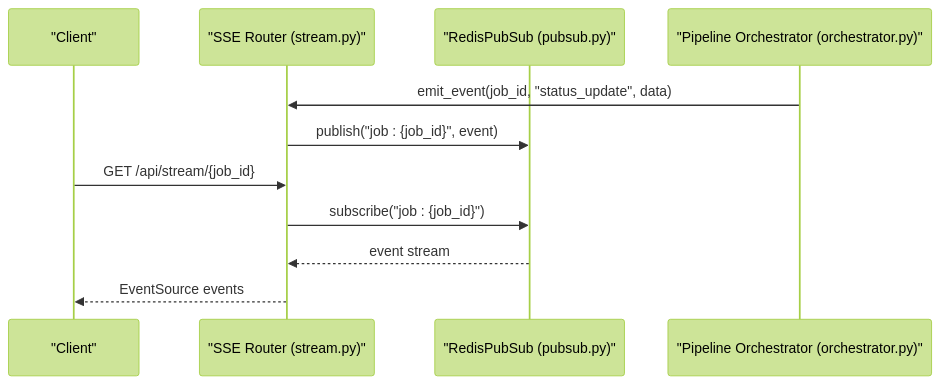
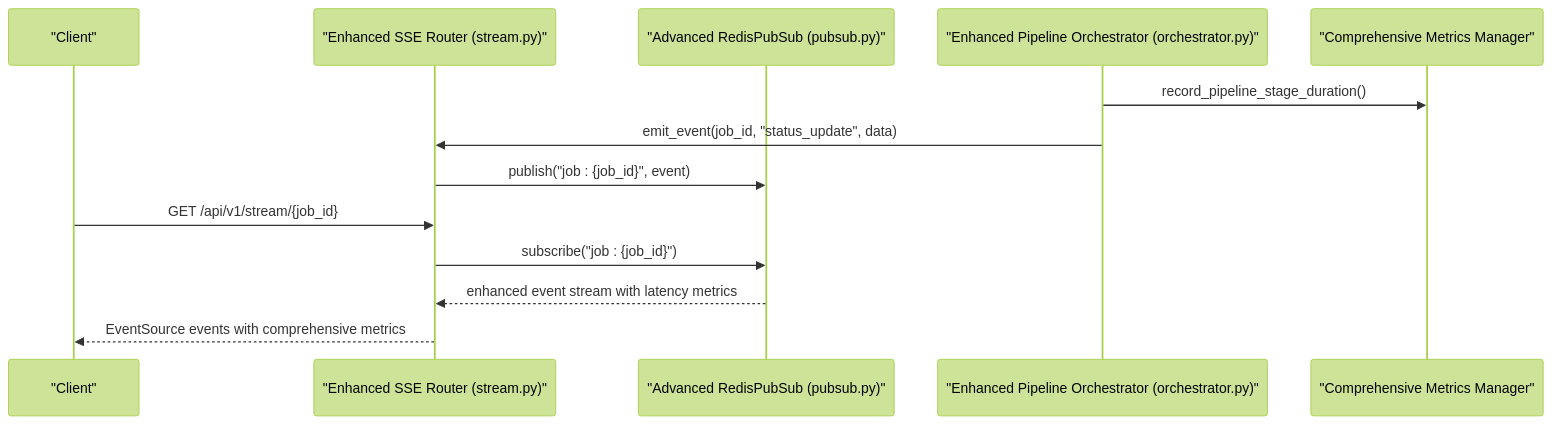
One commit to rohitkumarnaidu/-Auto-AI-Automated-Academic-Docx-Manuscript-Formatter changed the second of 9 diagrams in .qoder/repowiki/en/content/Backend Development/Real-time Communication.md. Above: the diagram before and after it, drawn with Mermaid (forest theme). The commit also changed other lines of this file and 6 other files, not shown here.

````diff
--- a/.qoder/repowiki/en/content/Backend Development/Real-time Communication.md
+++ b/.qoder/repowiki/en/content/Backend Development/Real-time Communication.md
@@ -115,13 +125,15 @@
 ```mermaid
 sequenceDiagram
 participant Client as "Client"
-participant SSE as "SSE Router (stream.py)"
-participant PS as "RedisPubSub (pubsub.py)"
-participant Orchestrator as "Pipeline Orchestrator (orchestrator.py)"
+participant SSE as "Enhanced SSE Router (stream.py)"
+participant PS as "Advanced RedisPubSub (pubsub.py)"
+participant Orchestrator as "Enhanced Pipeline Orchestrator (orchestrator.py)"
+participant Metrics as "Comprehensive Metrics Manager"
+Orchestrator->>Metrics : record_pipeline_stage_duration()
 Orchestrator->>SSE : emit_event(job_id, "status_update", data)
 SSE->>PS : publish("job : {job_id}", event)
-Client->>SSE : GET /api/stream/{job_id}
+Client->>SSE : GET /api/v1/stream/{job_id}
 SSE->>PS : subscribe("job : {job_id}")
-PS-->>SSE : event stream
-SSE-->>Client : EventSource events
+PS-->>SSE : enhanced event stream with latency metrics
+SSE-->>Client : EventSource events with comprehensive metrics
 ```
````
